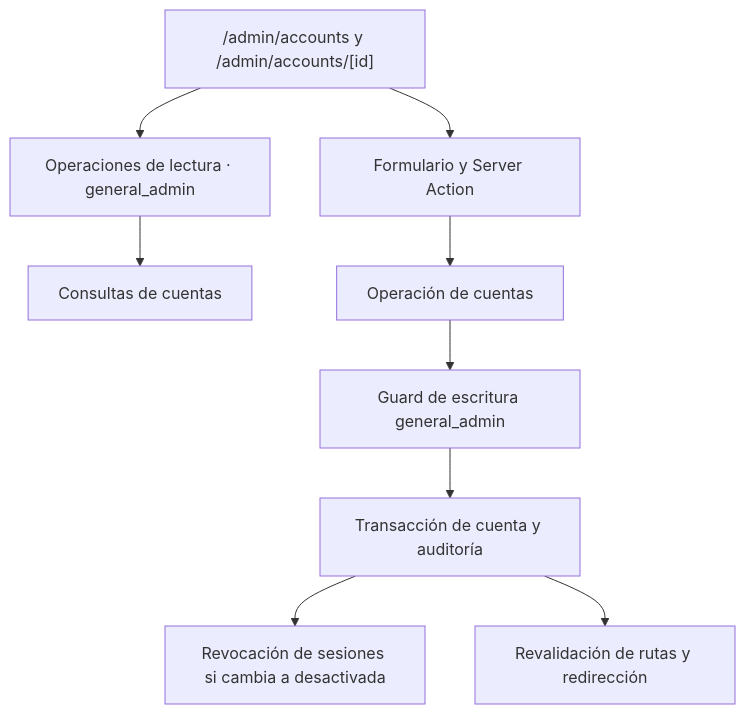
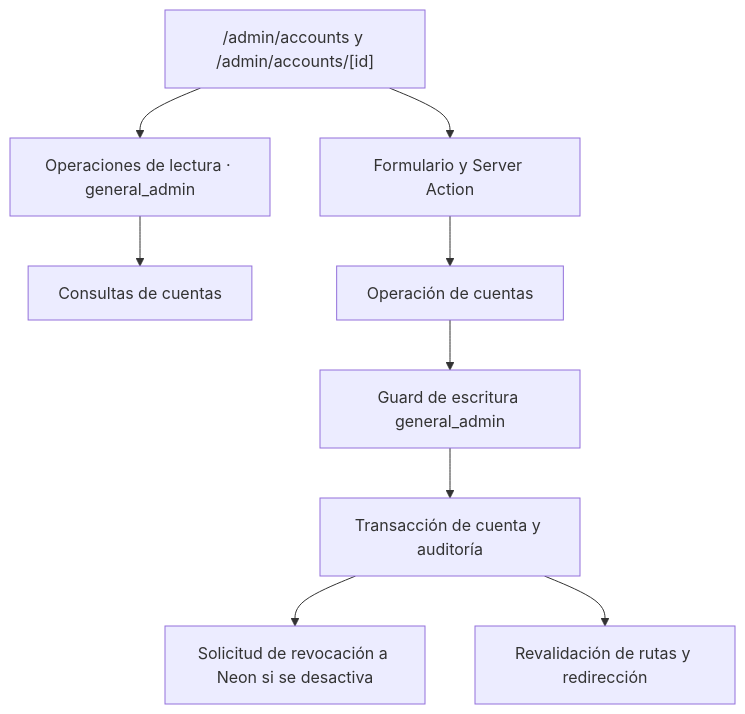
Before and after one commit to Ad-Astra-UC3M/Ad-Astra-Community-Platform: the diagram in docs/backend/accounts.md, drawn with Mermaid. The commit also changed other lines of this file and 1 other file, not shown here.

````diff
--- a/docs/backend/accounts.md
+++ b/docs/backend/accounts.md
@@ -5,11 +5,11 @@
 ```mermaid
 flowchart TD
     A["/admin/accounts y /admin/accounts/[id]"] --> G["Operaciones de lectura · general_admin"]
     G --> R["Consultas de cuentas"]
     A --> F["Formulario y Server Action"]
     F --> O["Operación de cuentas"]
     O --> C["Guard de escritura general_admin"]
     C --> W["Transacción de cuenta y auditoría"]
-    W --> S["Revocación de sesiones si cambia a desactivada"]
+    W --> S["Solicitud de revocación a Neon si se desactiva"]
     W --> N["Revalidación de rutas y redirección"]
 ```
````
